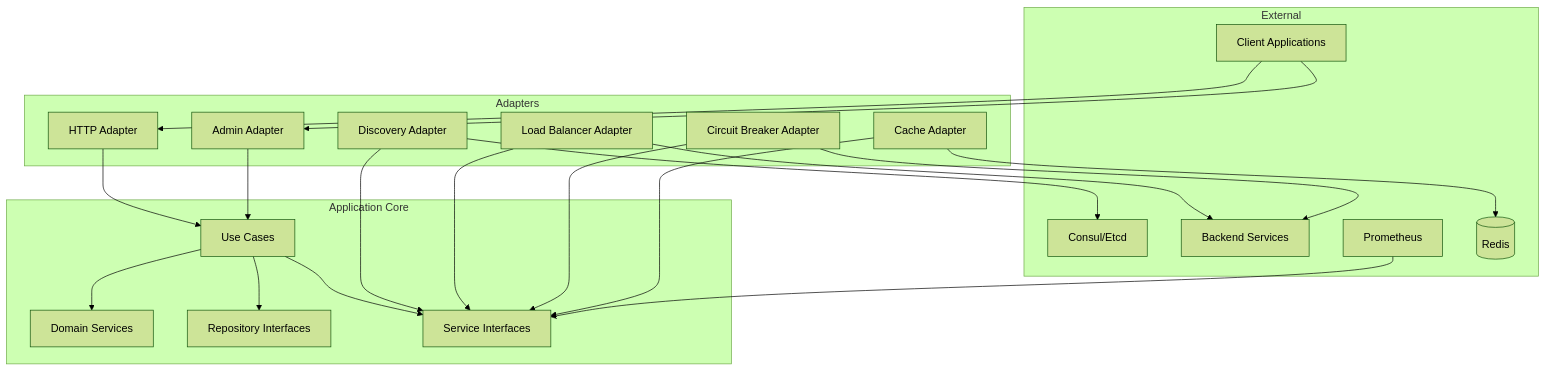
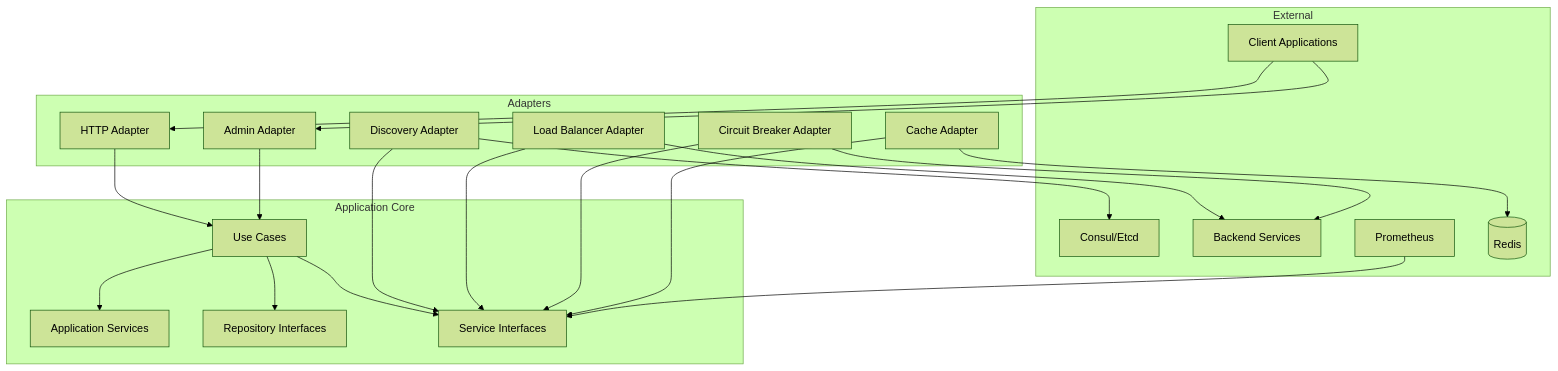
The first of 2 diagrams in api-gateway/documentation/architecture.md (Boklap/moufube), drawn with Mermaid (forest theme) before and after one commit. The commit also changed other lines of this file and 14 other files, not shown here.

````diff
--- a/api-gateway/documentation/architecture.md
+++ b/api-gateway/documentation/architecture.md
@@ -539,43 +706,43 @@
 ```mermaid
 graph TB
     subgraph "Application Core"
         UC[Use Cases]
-        DS[Domain Services]
+        AS[Application Services]
         REPO[Repository Interfaces]
         SVC[Service Interfaces]
     end
     
     subgraph "Adapters"
         HTTP[HTTP Adapter]
         ADMIN[Admin Adapter]
         DISC[Discovery Adapter]
         LB[Load Balancer Adapter]
         CB[Circuit Breaker Adapter]
         CACHE[Cache Adapter]
     end
     
     subgraph "External"
         CLIENT[Client Applications]
         CONSUL[Consul/Etcd]
         BACKEND[Backend Services]
         PROMETHEUS[Prometheus]
         REDIS[(Redis)]
     end
     
     CLIENT --> HTTP
     CLIENT --> ADMIN
     HTTP --> UC
     ADMIN --> UC
-    UC --> DS
+    UC --> AS
     UC --> REPO
     UC --> SVC
     DISC --> SVC
     DISC --> CONSUL
     LB --> SVC
     LB --> BACKEND
     CB --> SVC
     CB --> BACKEND
     CACHE --> SVC
     CACHE --> REDIS
     PROMETHEUS --> SVC
 ```
````
